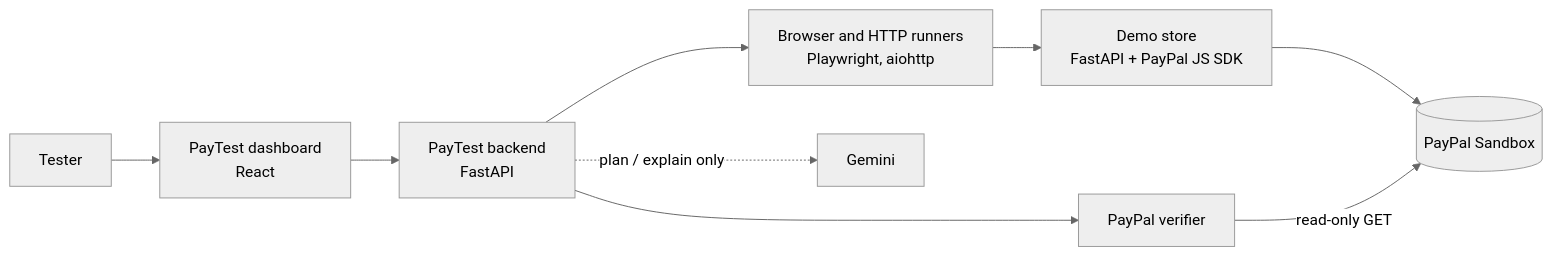
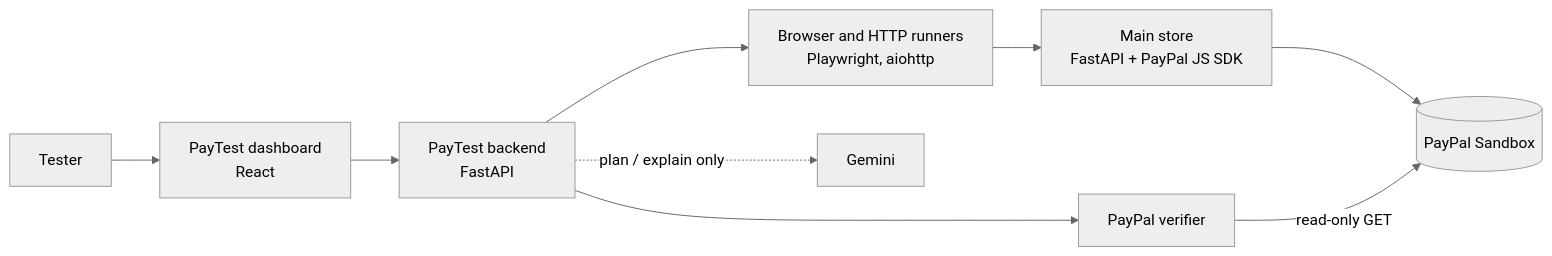
The diagram in README.md (Aditya-Sharma23/PayRecover-AI), drawn with Mermaid (neutral theme) before and after one commit. The commit also changed other lines of this file and 14 other files, not shown here.

First line of the commit message:
Fix every Main store bug and rename the demo store to the Main store

````diff
--- a/README.md
+++ b/README.md
@@ -36,11 +46,11 @@
 ```mermaid
 flowchart LR
     U[Tester] --> D[PayTest dashboard<br/>React]
     D --> B[PayTest backend<br/>FastAPI]
     B --> R[Browser and HTTP runners<br/>Playwright, aiohttp]
     B --> P[PayPal verifier]
     B -. plan / explain only .-> G[Gemini]
-    R --> S[Demo store<br/>FastAPI + PayPal JS SDK]
+    R --> S[Main store<br/>FastAPI + PayPal JS SDK]
     S --> PP[(PayPal Sandbox)]
     P -- read-only GET --> PP
 ```
````
